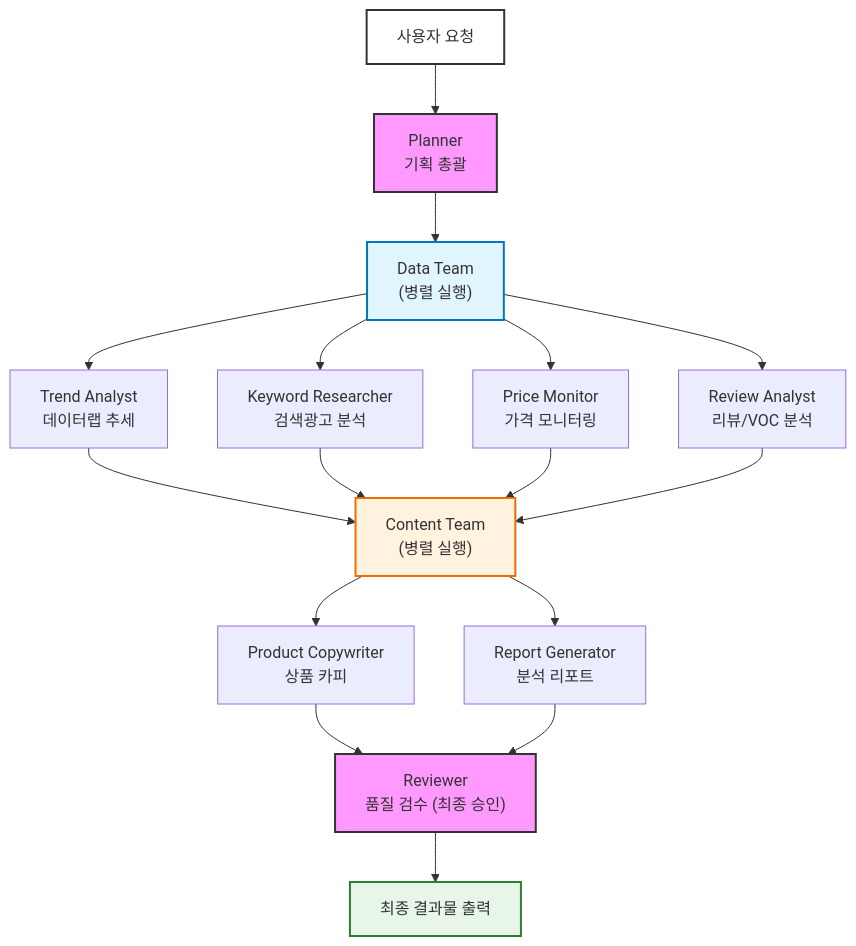
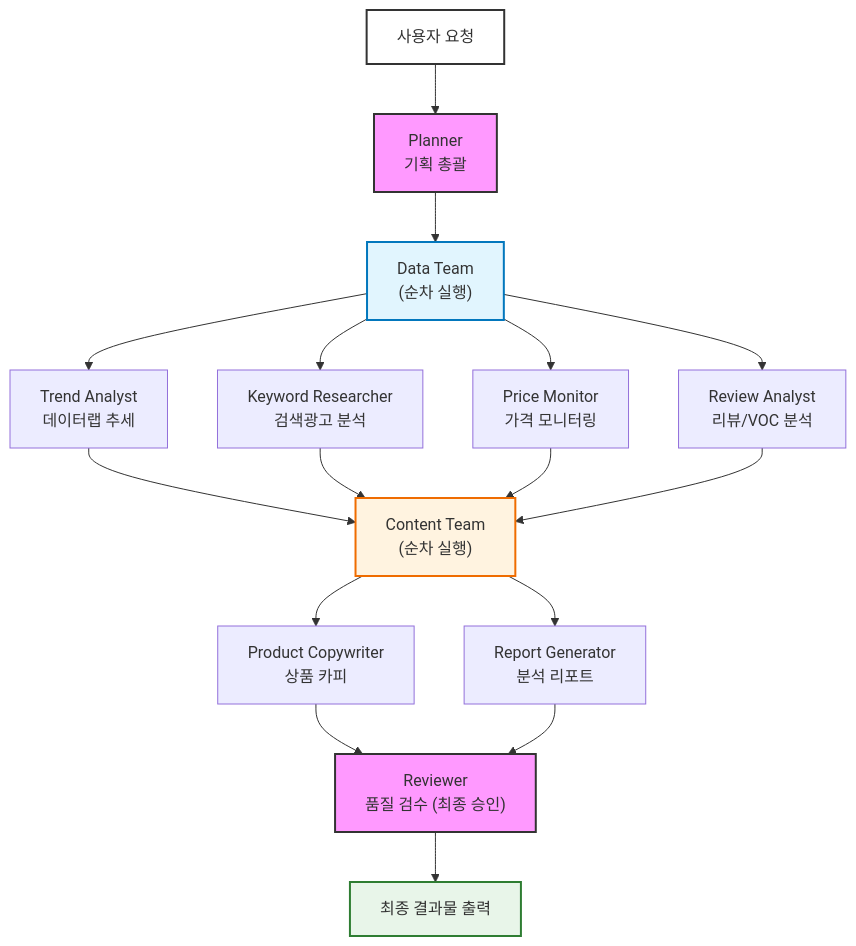
One commit to JaiwanShin/ai-marketing-team changed the diagram in README.md. Above: the diagram before and after it, drawn with Mermaid. The commit also changed 1 other file, not shown here.

Commit message:
feat: switch workflow to sequential execution mode

````diff
--- a/README.md
+++ b/README.md
@@ -57,24 +57,24 @@
 ```mermaid
 graph TD
     A["사용자 요청"] --> B["Planner<br>기획 총괄"]
     
-    B --> C["Data Team<br>(병렬 실행)"]
+    B --> C["Data Team<br>(순차 실행)"]
     C --> C1["Trend Analyst<br>데이터랩 추세"]
     C --> C2["Keyword Researcher<br>검색광고 분석"]
     C --> C3["Price Monitor<br>가격 모니터링"]
     C --> C4["Review Analyst<br>리뷰/VOC 분석"]
     
-    C1 & C2 & C3 & C4 --> D["Content Team<br>(병렬 실행)"]
+    C1 & C2 & C3 & C4 --> D["Content Team<br>(순차 실행)"]
     D --> D1["Product Copywriter<br>상품 카피"]
     D --> D2["Report Generator<br>분석 리포트"]
     
     D1 & D2 --> E["Reviewer<br>품질 검수 (최종 승인)"]
     E --> F["최종 결과물 출력"]
     
     style A fill:#fff,stroke:#333,stroke-width:2px
     style B fill:#f9f,stroke:#333,stroke-width:2px
     style C fill:#e1f5fe,stroke:#0277bd,stroke-width:2px
     style D fill:#fff3e0,stroke:#ef6c00,stroke-width:2px
     style E fill:#f9f,stroke:#333,stroke-width:2px
     style F fill:#e8f5e9,stroke:#2e7d32,stroke-width:2px
 ```
````
